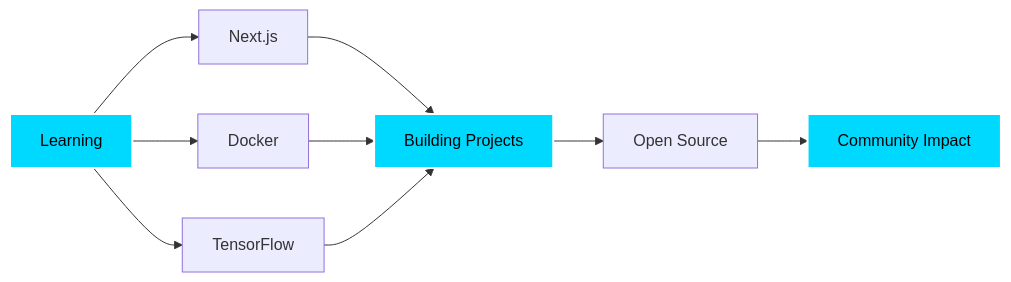
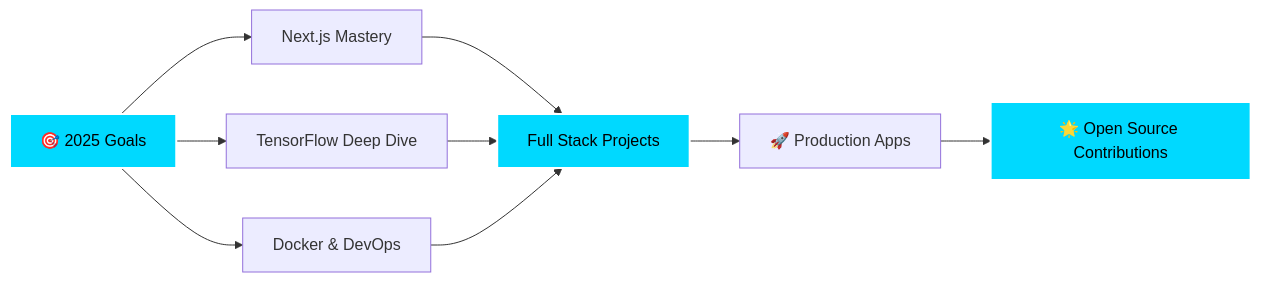
One commit to karanxa1/karanxa1 changed the diagram in README.md. Above: the diagram before and after it, drawn with Mermaid. The commit also changed other lines of this file, not shown here.

````diff
--- a/README.md
+++ b/README.md
@@ -225,15 +333,15 @@
 ```mermaid
 graph LR
-    A[Learning] --> B[Next.js]
-    A --> C[Docker]
-    A --> D[TensorFlow]
-    B --> E[Building Projects]
+    A[🎯 2025 Goals] --> B[Next.js Mastery]
+    A --> C[TensorFlow Deep Dive]
+    A --> D[Docker & DevOps]
+    B --> E[Full Stack Projects]
     C --> E
     D --> E
-    E --> F[Open Source]
-    F --> G[Community Impact]
+    E --> F[🚀 Production Apps]
+    F --> G[🌟 Open Source Contributions]
     
     style A fill:#00d9ff,stroke:#fff,stroke-width:2px,color:#000
     style E fill:#00d9ff,stroke:#fff,stroke-width:2px,color:#000
     style G fill:#00d9ff,stroke:#fff,stroke-width:2px,color:#000
 ```
````
